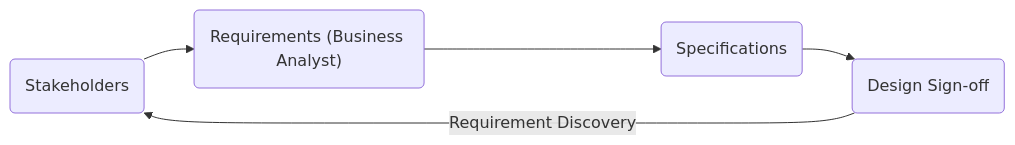
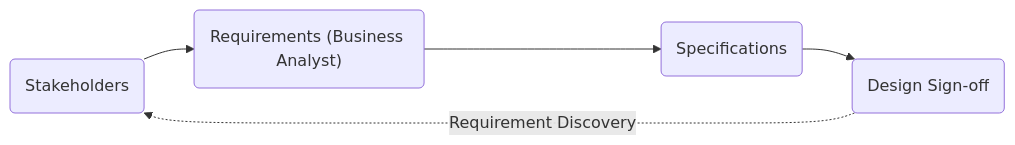
The first of 2 diagrams in 03. Requirements Basics and Gathering/README.md (pirocorp/IT-Business-Analysis), drawn with Mermaid before and after one commit.

````diff
--- a/03. Requirements Basics and Gathering/README.md
+++ b/03. Requirements Basics and Gathering/README.md
@@ -20,5 +20,5 @@
 ```mermaid
 flowchart LR
     id1("Stakeholders") --> id2("Requirements (Business Analyst)") --> id3("Specifications") --> id4("Design Sign-off")
-    id4 -- "Requirement Discovery" --> id1
+    id4 -. "Requirement Discovery" .-> id1
 ```
````
